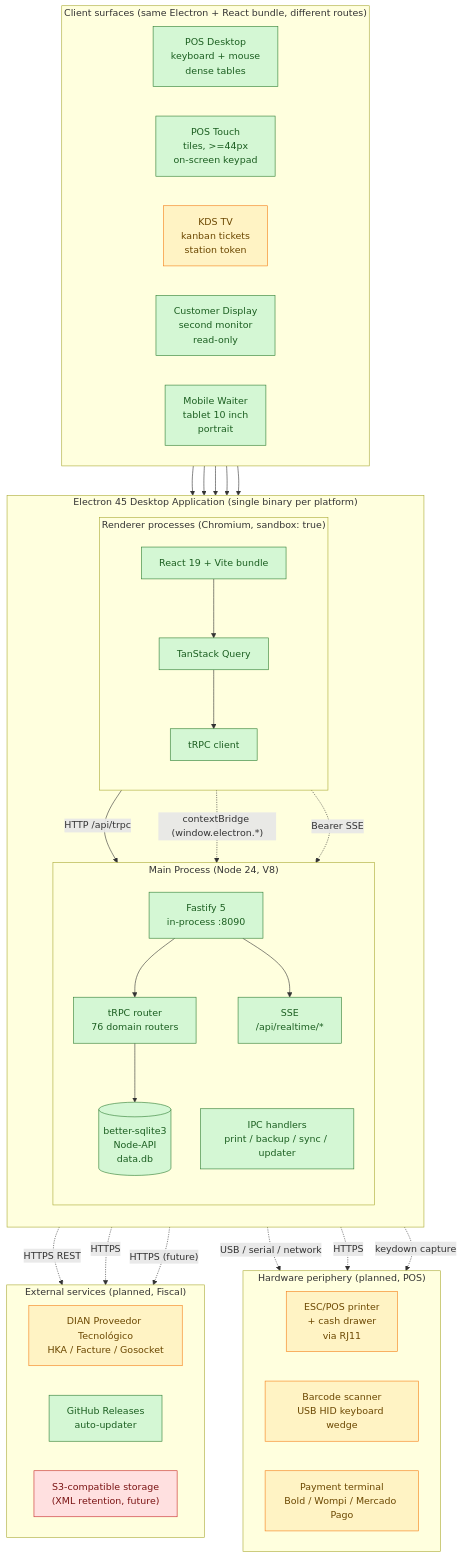
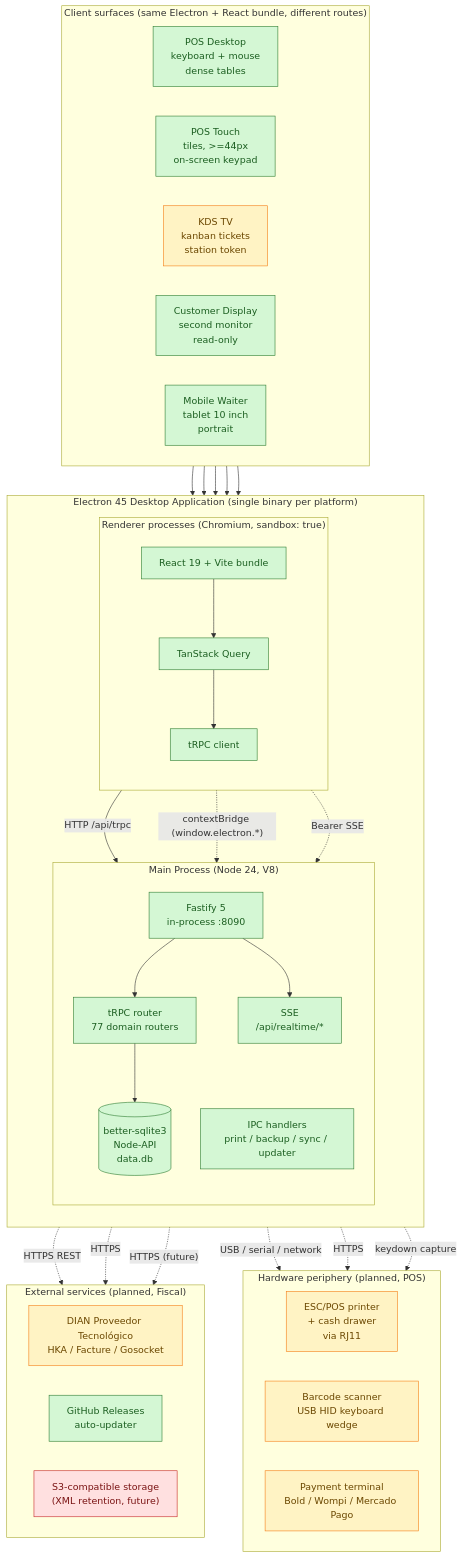
One commit to johnny4young/puntovivo changed the diagram in docs/architecture.mmd. Above: the diagram before and after it, drawn with Mermaid. The commit also changed 37 other files, not shown here.

```diff
--- a/docs/architecture.mmd
+++ b/docs/architecture.mmd
@@ -1,81 +1,81 @@
 %% Puntovivo architecture — high-level process and client surface topology
 %% Render: pnpm dlx @mermaid-js/mermaid-cli -i docs/architecture.mmd -o docs/architecture.svg -b transparent
 %% The -b transparent flag is required: mermaid-cli defaults to a white page
 %% background, which regresses the diagram on dark-mode surfaces. The SVG
 %% root style must keep background-color: transparent after every re-render.
 %% Source of truth for the system diagram embedded in docs/ARCHITECTURE.md and README.md.
 
 flowchart TB
   subgraph Electron["Electron 45 Desktop Application (single binary per platform)"]
     direction TB
 
     subgraph Main["Main Process (Node 24, V8)"]
       direction TB
       F["Fastify 5<br/>in-process :8090"]
-      T["tRPC router<br/>76 domain routers"]
+      T["tRPC router<br/>77 domain routers"]
       DB[("better-sqlite3<br/>Node-API<br/>data.db")]
       IPC["IPC handlers<br/>print / backup / sync / updater"]
       SSE["SSE<br/>/api/realtime/*"]
       F --> T
       F --> SSE
       T --> DB
     end
 
     subgraph Renderer["Renderer processes (Chromium, sandbox: true)"]
       direction TB
       R["React 19 + Vite bundle"]
       Q["TanStack Query"]
       C["tRPC client"]
       R --> Q --> C
     end
 
     C -- "HTTP /api/trpc" --> F
     R -. "contextBridge (window.electron.*)" .-> IPC
     R -. "Bearer SSE" .-> SSE
   end
 
   subgraph Surfaces["Client surfaces (same Electron + React bundle, different routes)"]
     direction LR
     POSD["POS Desktop<br/>keyboard + mouse<br/>dense tables"]
     POST["POS Touch<br/>tiles, >=44px<br/>on-screen keypad"]
     KDS["KDS TV<br/>kanban tickets<br/>station token"]
     CUST["Customer Display<br/>second monitor<br/>read-only"]
     MOB["Mobile Waiter<br/>tablet 10 inch<br/>portrait"]
   end
 
   POSD --> Renderer
   POST --> Renderer
   KDS --> Renderer
   CUST --> Renderer
   MOB --> Renderer
 
   subgraph Peripherals["Hardware periphery (planned, POS)"]
     direction LR
     ESCP["ESC/POS printer<br/>+ cash drawer<br/>via RJ11"]
     SCAN["Barcode scanner<br/>USB HID keyboard wedge"]
     DAT["Payment terminal<br/>Bold / Wompi / Mercado Pago"]
   end
 
   IPC -. "USB / serial / network" .-> ESCP
   Renderer -. "keydown capture" .-> SCAN
   T -. "HTTPS" .-> DAT
 
   subgraph External["External services (planned, Fiscal)"]
     direction LR
     PT["DIAN Proveedor Tecnológico<br/>HKA / Facture / Gosocket"]
     UPD["GitHub Releases<br/>auto-updater"]
     S3["S3-compatible storage<br/>(XML retention, future)"]
   end
 
   T -. "HTTPS REST" .-> PT
   IPC -. "HTTPS" .-> UPD
   IPC -. "HTTPS (future)" .-> S3
 
   classDef shipped fill:#d4f7d4,stroke:#2e7d32,color:#1b5e20
   classDef planned fill:#fff3c4,stroke:#f57f17,color:#6b4700
   classDef future fill:#ffe0e0,stroke:#c62828,color:#7a1313
 
   class F,T,DB,IPC,SSE,R,Q,C,POSD,UPD shipped
   class POST,MOB,CUST shipped
   class KDS,ESCP,SCAN,DAT,PT planned
   class S3 future
```
